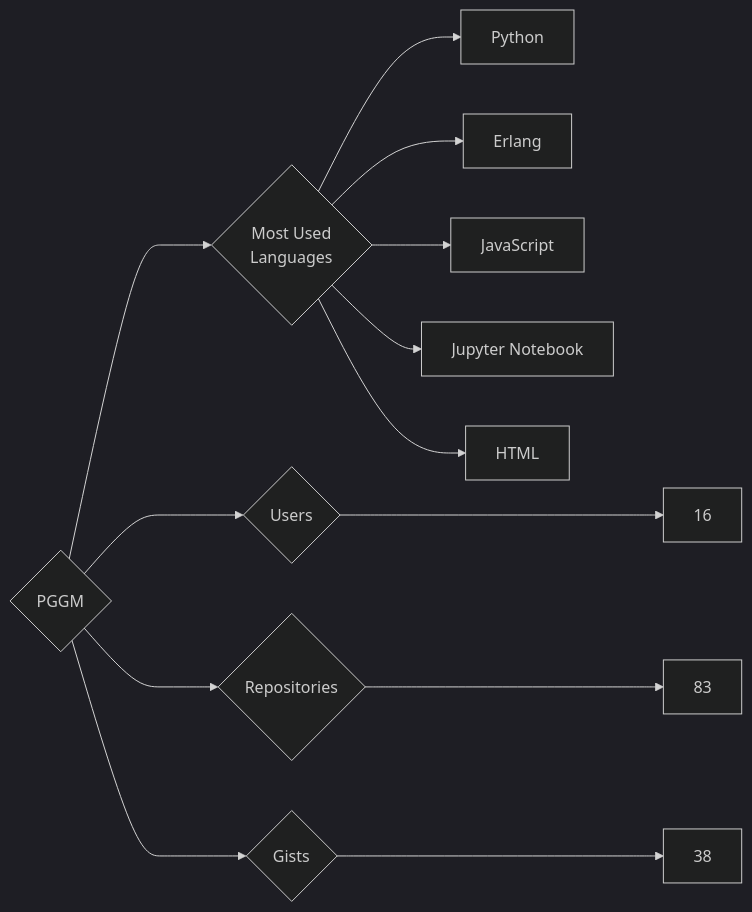
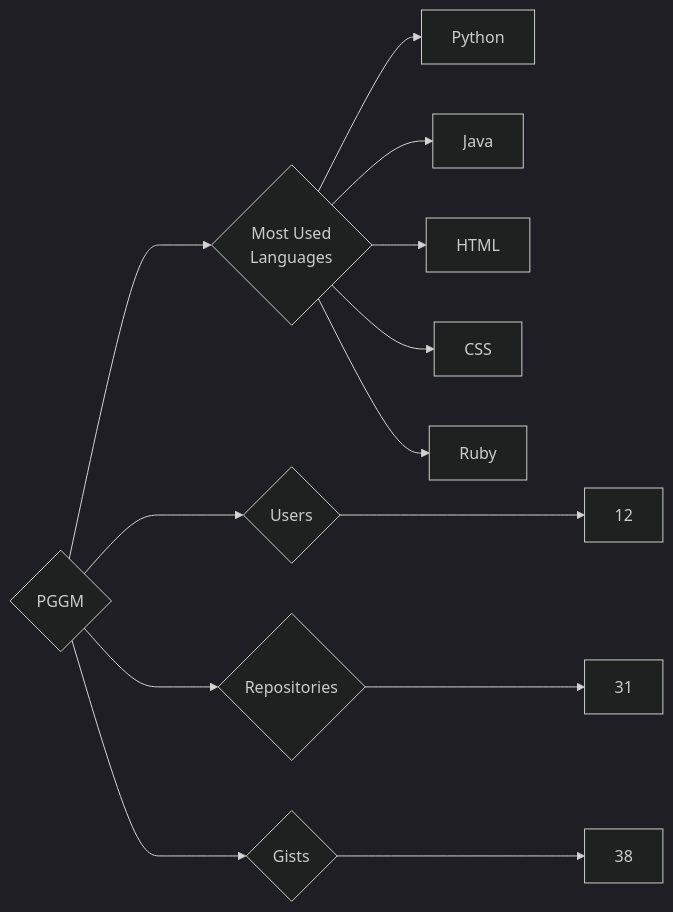
Before and after one commit to trickest/insiders: the diagram in targets/PGGM/README.md, drawn with Mermaid (dark theme). The commit also changed 912 other files, not shown here.

````diff
--- a/targets/PGGM/README.md
+++ b/targets/PGGM/README.md
@@ -3,13 +3,13 @@
 ```mermaid
 graph LR
 COMPANY_NAME{PGGM}
-COMPANY_NAME ---> U{Users} ---> UN[16]
-COMPANY_NAME ---> R{Repositories} ---> RN[83]
+COMPANY_NAME ---> U{Users} ---> UN[12]
+COMPANY_NAME ---> R{Repositories} ---> RN[31]
 COMPANY_NAME ---> G{Gists} ---> GN[38]
 COMPANY_NAME ---> ML{Most Used<br>Languages}
 ML --> Python[Python]
-ML --> Erlang[Erlang]
-ML --> JavaScript[JavaScript]
-ML --> Jupyter_Notebook[Jupyter Notebook]
+ML --> Java[Java]
 ML --> HTML[HTML]
+ML --> CSS[CSS]
+ML --> Ruby[Ruby]
 ```
````
